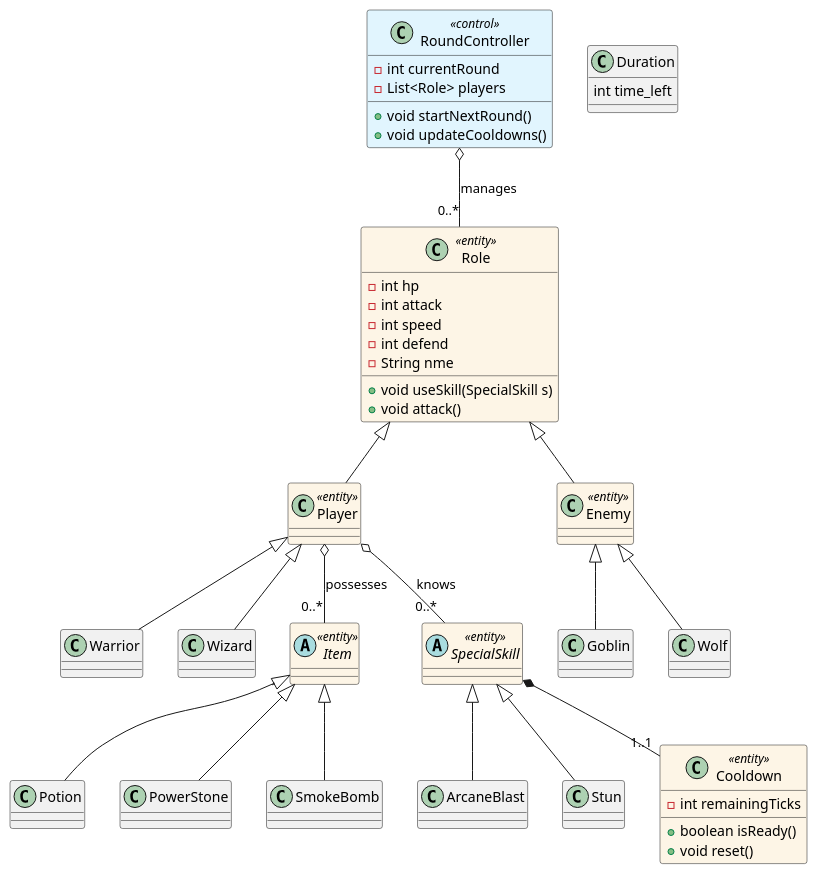
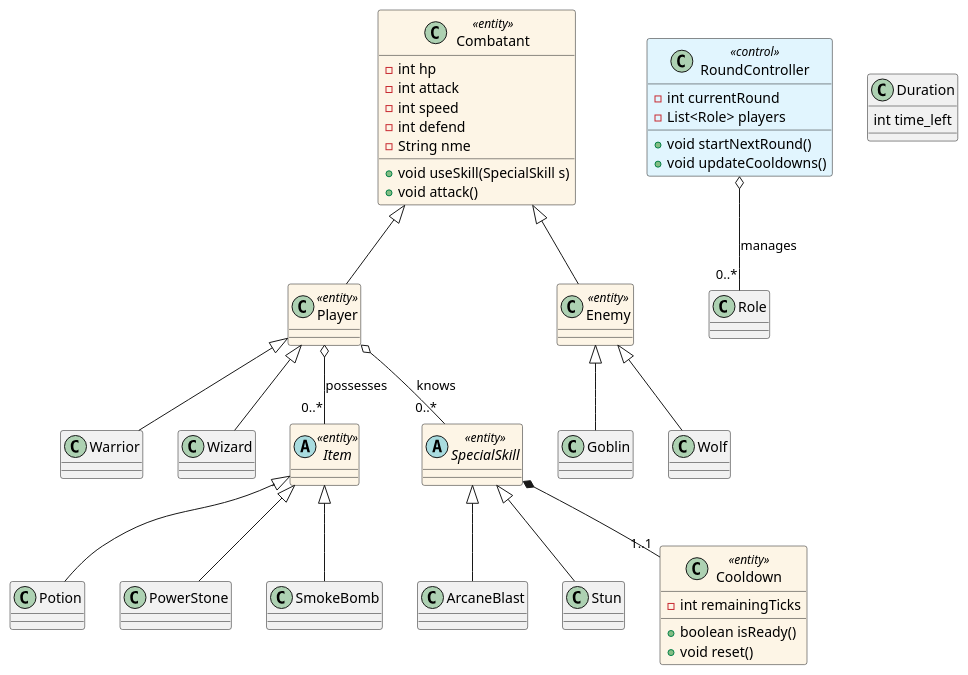
One commit to mcvenchua/sc2002_assignment changed the diagram in start.puml. Above: the diagram before and after it, drawn with PlantUML. The commit also changed 30 other files, not shown here.

```diff
--- a/start.puml
+++ b/start.puml
@@ -1,82 +1,82 @@
 @startuml
 
 ' ==========================================
 ' Stereotype Styling
 ' ==========================================
 skinparam class {
     BackgroundColor<<Entity>> #FDF5E6
     BackgroundColor<<Control>> #E1F5FE
 }
 
 ' ==========================================
 ' 1. Entity Layer
 ' ==========================================
 
-class Role <<entity>> {
+class Combatant <<entity>> {
     - int hp
     - int attack
     - int speed
     - int defend
     - String nme
     + void useSkill(SpecialSkill s)
     + void attack()
 }
 
 class Player <<entity>>
 class Enemy <<entity>>
 
 ' Inheritances (Fixed Arrow Direction)
-Role <|-- Player
-Role <|-- Enemy
+Combatant <|-- Player
+Combatant <|-- Enemy
 
 ' Player Subclasses
 Player <|-- Warrior
 Player <|-- Wizard
 
 ' Enemy Subclasses
 Enemy <|-- Goblin
 Enemy <|-- Wolf
 
 ' Items
 abstract class Item <<entity>>
 Item <|-- Potion
 Item <|-- PowerStone
 Item <|-- SmokeBomb
 
 ' Skills
 abstract class SpecialSkill <<entity>>
 SpecialSkill <|-- ArcaneBlast
 SpecialSkill <|-- Stun
 class Cooldown <<entity>> {
     - int remainingTicks
     + boolean isReady()
     + void reset()
 }
 
 ' ==========================================
 ' 2. Control Layer
 ' ==========================================
 
 class RoundController <<control>> {
     - int currentRound
     - List<Role> players
     + void startNextRound()
     + void updateCooldowns()
 }
 
 ' ==========================================
 ' 3. Relationships (Cardinality)
 ' ==========================================
 
 ' Aggregations
 Player o-- "0..*" Item : "possesses"
 Player o-- "0..*" SpecialSkill : "knows"
 RoundController o-- "0..*" Role : "manages"
 
 ' Composition: Every Role has exactly 1 Cooldown
 SpecialSkill*-- "1..1" Cooldown
 class Duration{
     int time_left
 }
 
 @enduml
```
